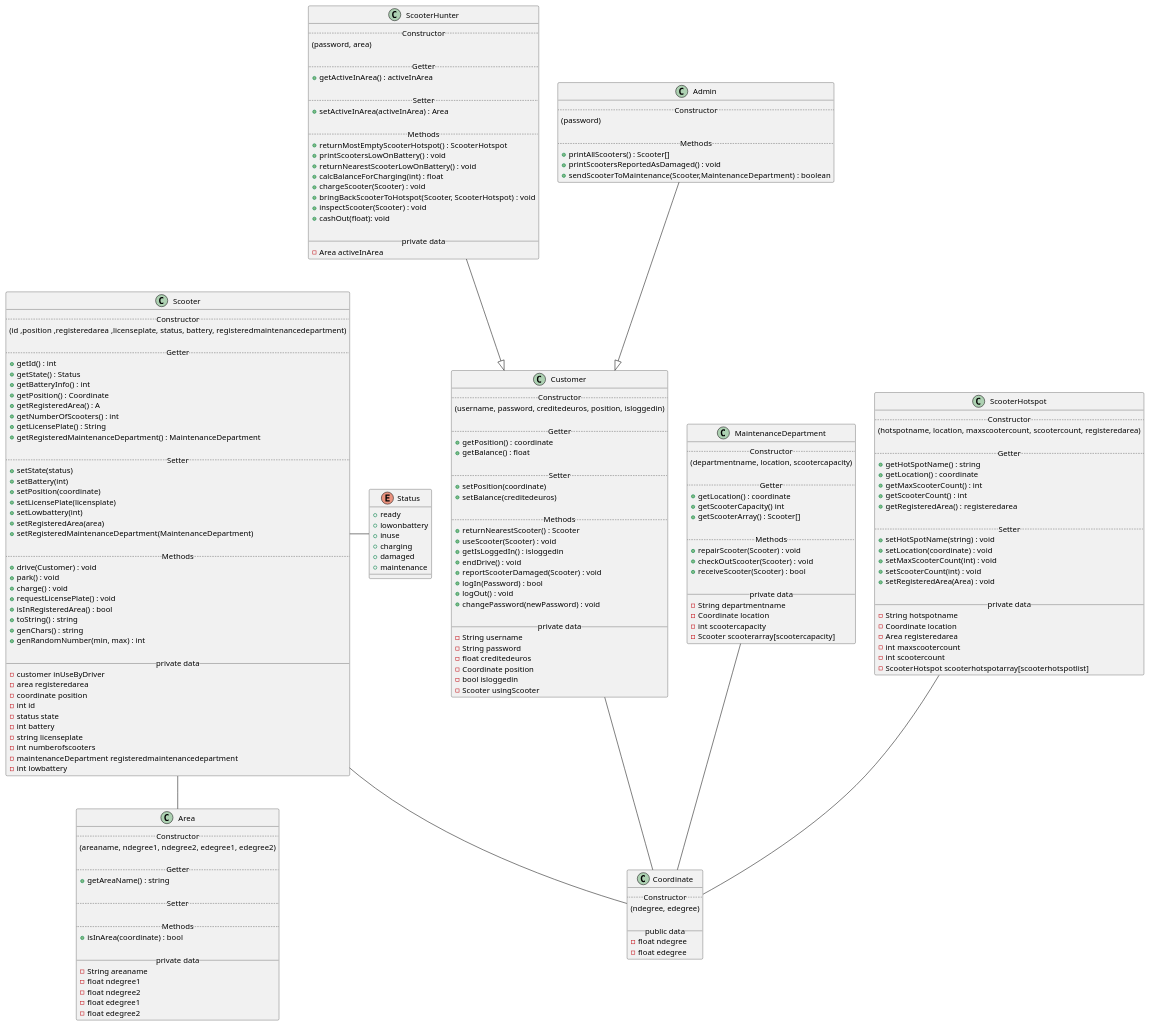
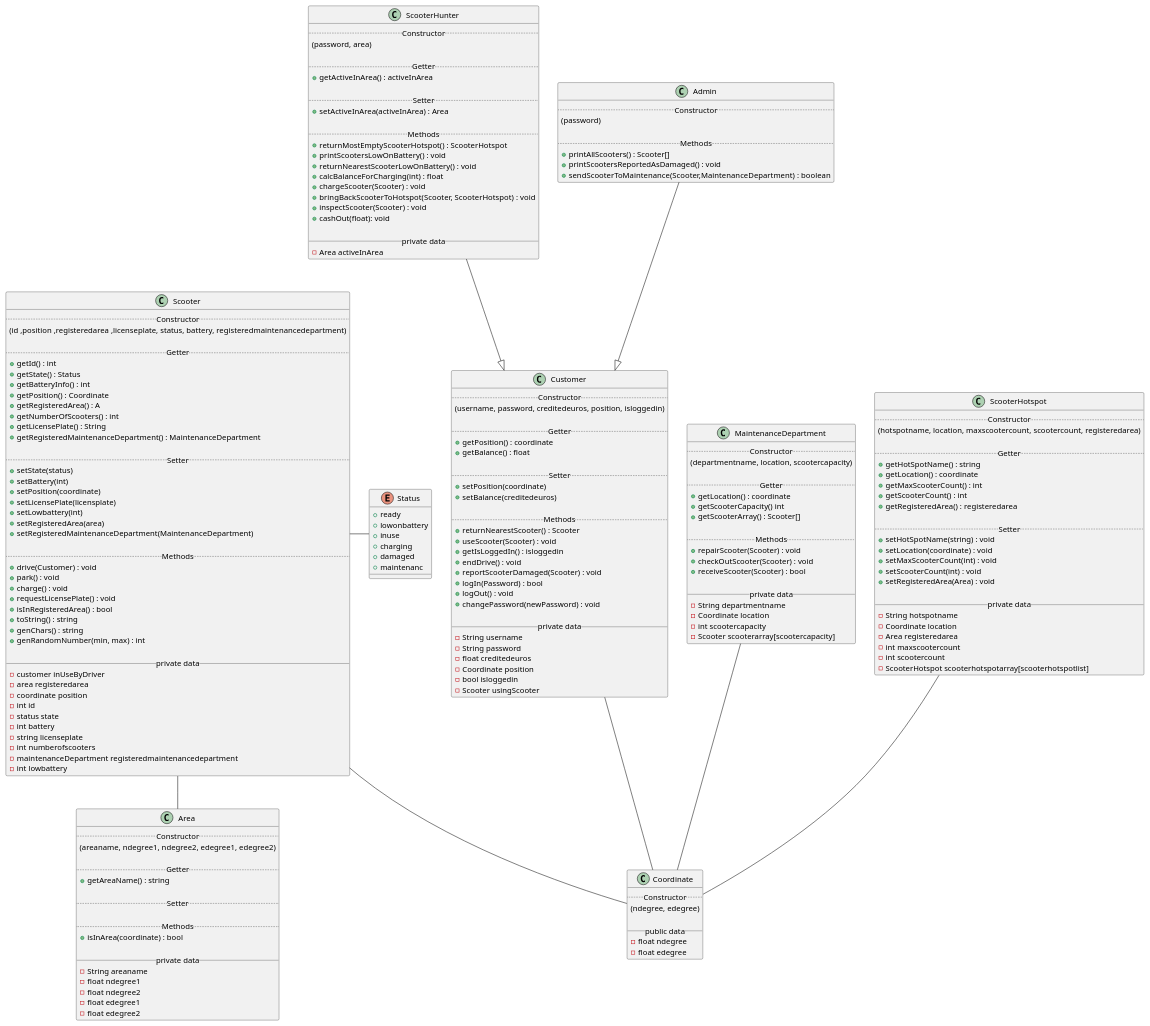
Before and after one commit to fh-erfurt/Scooter-MS: the diagram in assets/umldiagram.puml, drawn with PlantUML.

Commit message:
Updated UML

```diff
--- a/assets/umldiagram.puml
+++ b/assets/umldiagram.puml
@@ -197,7 +197,7 @@
   + inuse
   + charging
   + damaged
-  + maintenance
+  + maintenanc
 }
 
 Admin --|> Customer
```
